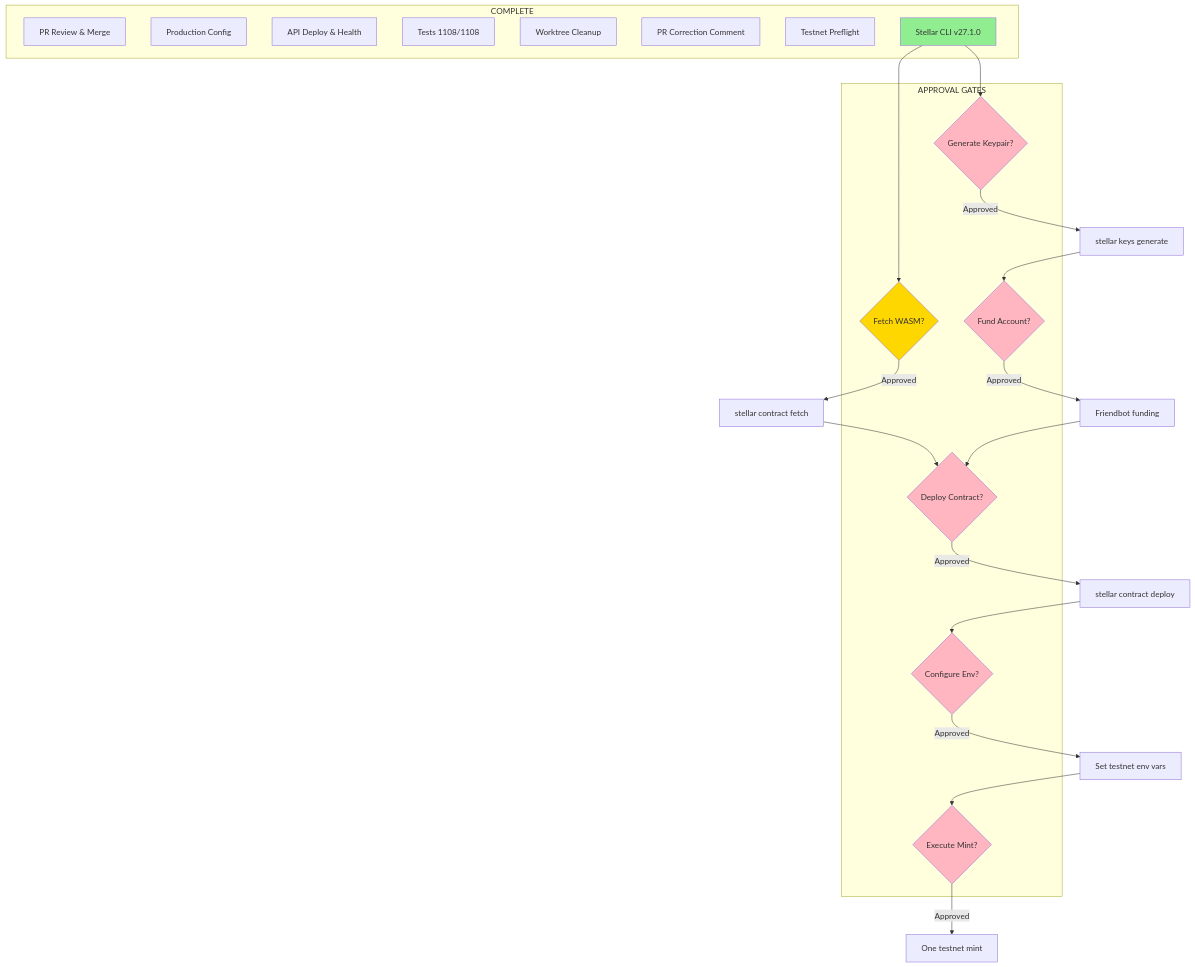
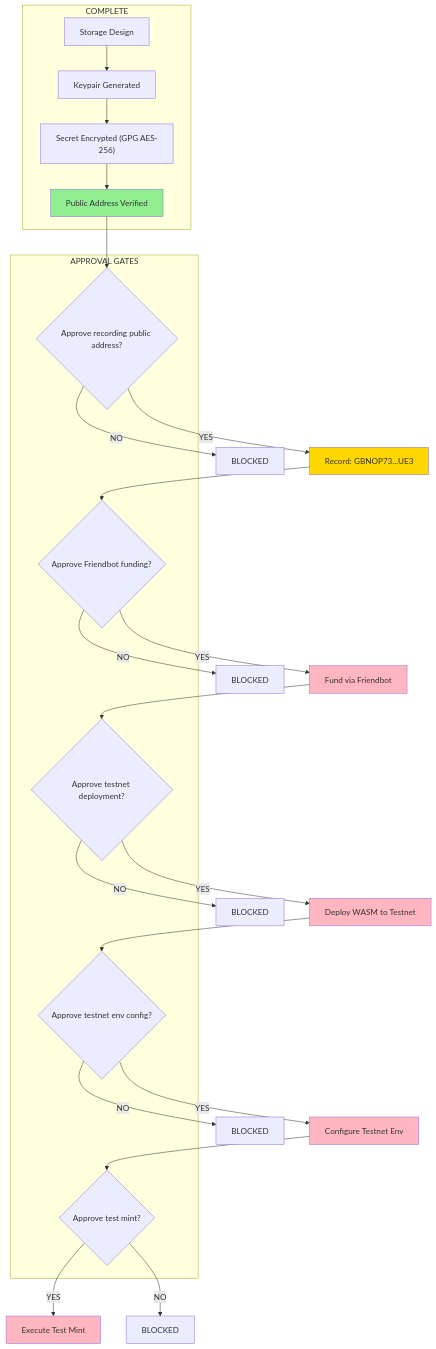
The diagram in docs/superpowers/diagrams/2026-08-19-testnet-approval-gates.md (SM-Web-Systems/lms-crypto-production), drawn with Mermaid before and after one commit. The commit also changed other lines of this file and 11 other files, not shown here.

First line of the commit message:
docs: phase 9 — testnet keypair generated, GPG-encrypted, public address recorded

````diff
--- a/docs/superpowers/diagrams/2026-08-19-testnet-approval-gates.md
+++ b/docs/superpowers/diagrams/2026-08-19-testnet-approval-gates.md
@@ -6,44 +6,39 @@
 ```mermaid
 flowchart TD
     subgraph "COMPLETE"
-        C1["PR Review & Merge"]
-        C2["Production Config"]
-        C3["API Deploy & Health"]
-        C4["Tests 1108/1108"]
-        C5["Worktree Cleanup"]
-        C6["PR Correction Comment"]
-        C7["Testnet Preflight"]
-        C8["Stellar CLI v27.1.0"]
+        S1["Storage Design"] --> S2["Keypair Generated"]
+        S2 --> S3["Secret Encrypted (GPG AES-256)"]
+        S3 --> S4["Public Address Verified"]
     end
 
     subgraph "APPROVAL GATES"
-        G1{"Fetch WASM?"}
-        G2{"Generate Keypair?"}
-        G3{"Fund Account?"}
-        G4{"Deploy Contract?"}
-        G5{"Configure Env?"}
-        G6{"Execute Mint?"}
+        G1{Approve recording public address?}
+        G2{Approve Friendbot funding?}
+        G3{Approve testnet deployment?}
+        G4{Approve testnet env config?}
+        G5{Approve test mint?}
     end
 
-    C8 --> G1
-    C8 --> G2
-    G1 -->|Approved| T1["stellar contract fetch"]
-    G2 -->|Approved| T2["stellar keys generate"]
-    T2 --> G3
-    G3 -->|Approved| T3["Friendbot funding"]
-    T1 --> G4
-    T3 --> G4
-    G4 -->|Approved| T4["stellar contract deploy"]
-    T4 --> G5
-    G5 -->|Approved| T5["Set testnet env vars"]
-    T5 --> G6
-    G6 -->|Approved| T6["One testnet mint"]
+    S4 --> G1
+    G1 -->|YES| REC["Record: GBNOP73...UE3"]
+    G1 -->|NO| B1[BLOCKED]
+    REC --> G2
+    G2 -->|YES| FUND["Fund via Friendbot"]
+    G2 -->|NO| B2[BLOCKED]
+    FUND --> G3
+    G3 -->|YES| DEPLOY["Deploy WASM to Testnet"]
+    G3 -->|NO| B3[BLOCKED]
+    DEPLOY --> G4
+    G4 -->|YES| ENV["Configure Testnet Env"]
+    G4 -->|NO| B4[BLOCKED]
+    ENV --> G5
+    G5 -->|YES| MINT["Execute Test Mint"]
+    G5 -->|NO| B5[BLOCKED]
 
-    style C8 fill:#90EE90
-    style G1 fill:#FFD700
-    style G2 fill:#FFB6C1
-    style G3 fill:#FFB6C1
-    style G4 fill:#FFB6C1
-    style G5 fill:#FFB6C1
-    style G6 fill:#FFB6C1
+    style S4 fill:#90EE90
+    style REC fill:#FFD700
+    style FUND fill:#FFB6C1
+    style DEPLOY fill:#FFB6C1
+    style ENV fill:#FFB6C1
+    style MINT fill:#FFB6C1
 ```
````
